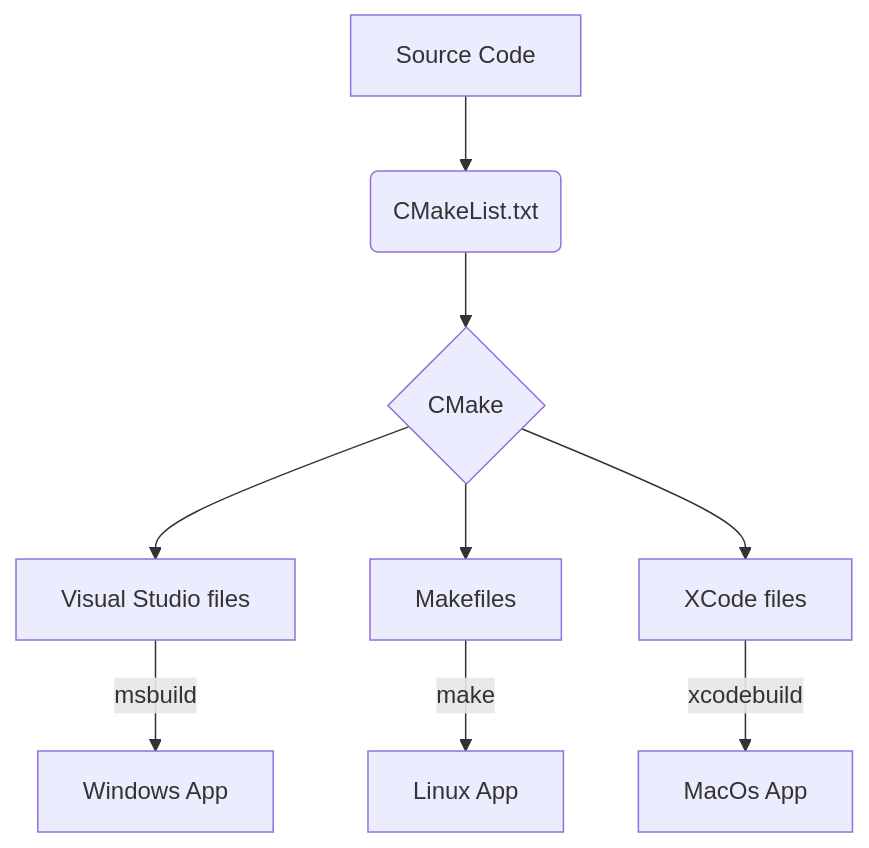
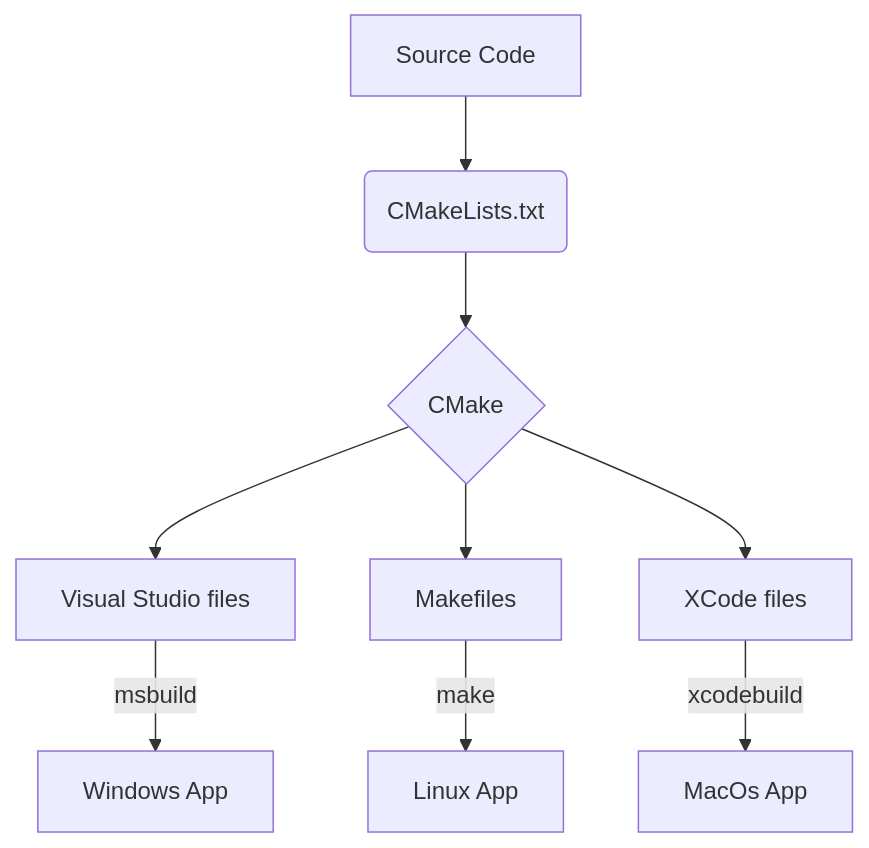
Before and after one commit to Mavrikant/mavrikant.github.io: the diagram in _posts/2022-07-19-cmake.md, drawn with Mermaid. The commit also changed other lines of this file and 73 other files, not shown here.

```diff
--- a/_posts/2022-07-19-cmake.md
+++ b/_posts/2022-07-19-cmake.md
@@ -14,11 +14,11 @@
 <div class="mermaid">
 graph TD
-    A[Source Code] -->B(CMakeList.txt)
+    A[Source Code] -->B(CMakeLists.txt)
     B --> C{CMake}
     C --> G[Visual Studio files]
     C --> E[Makefiles]
     C --> F[XCode files]
     G -->|msbuild| H[Windows App]
     E -->|make| I[Linux App]
     F -->|xcodebuild| J[MacOs App]
 </div>
```
